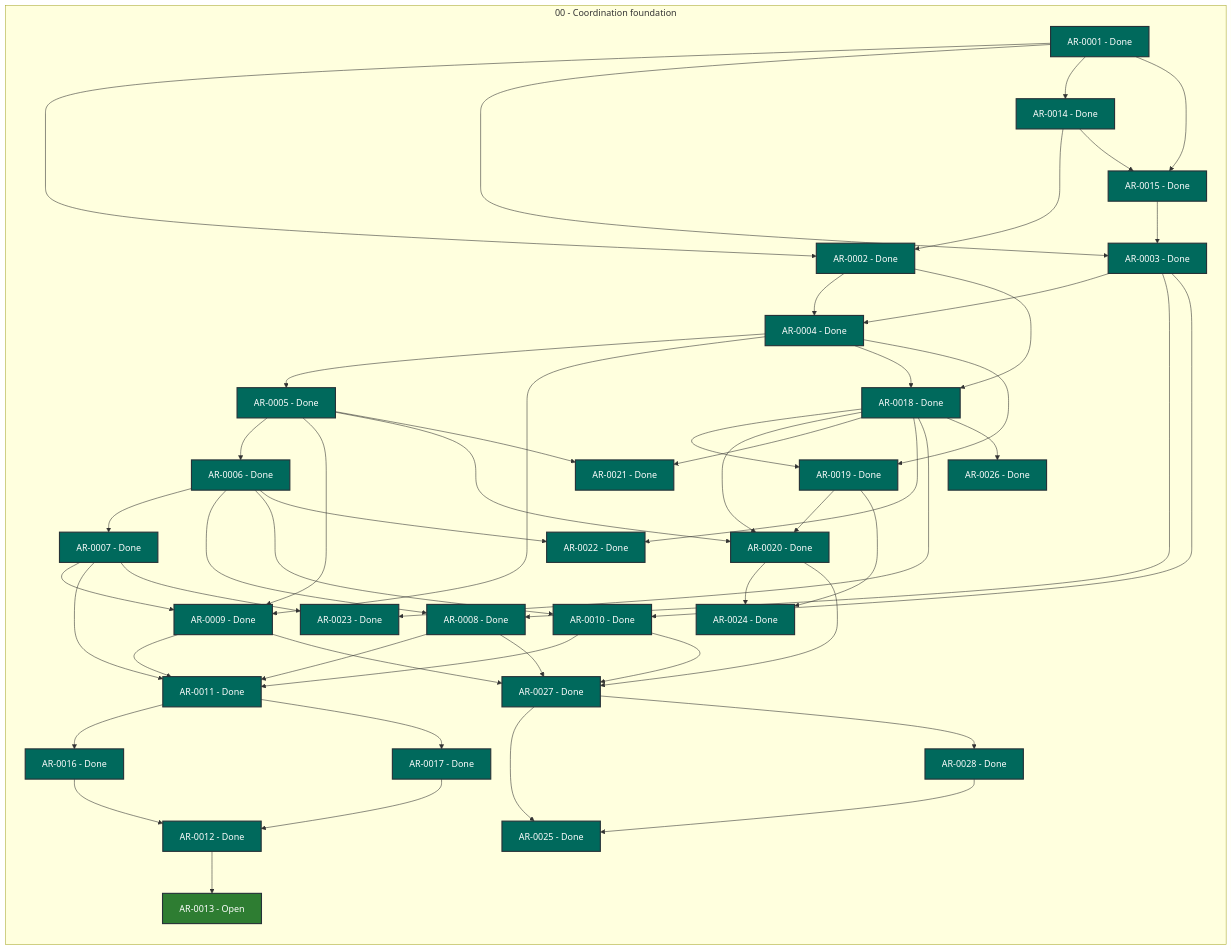
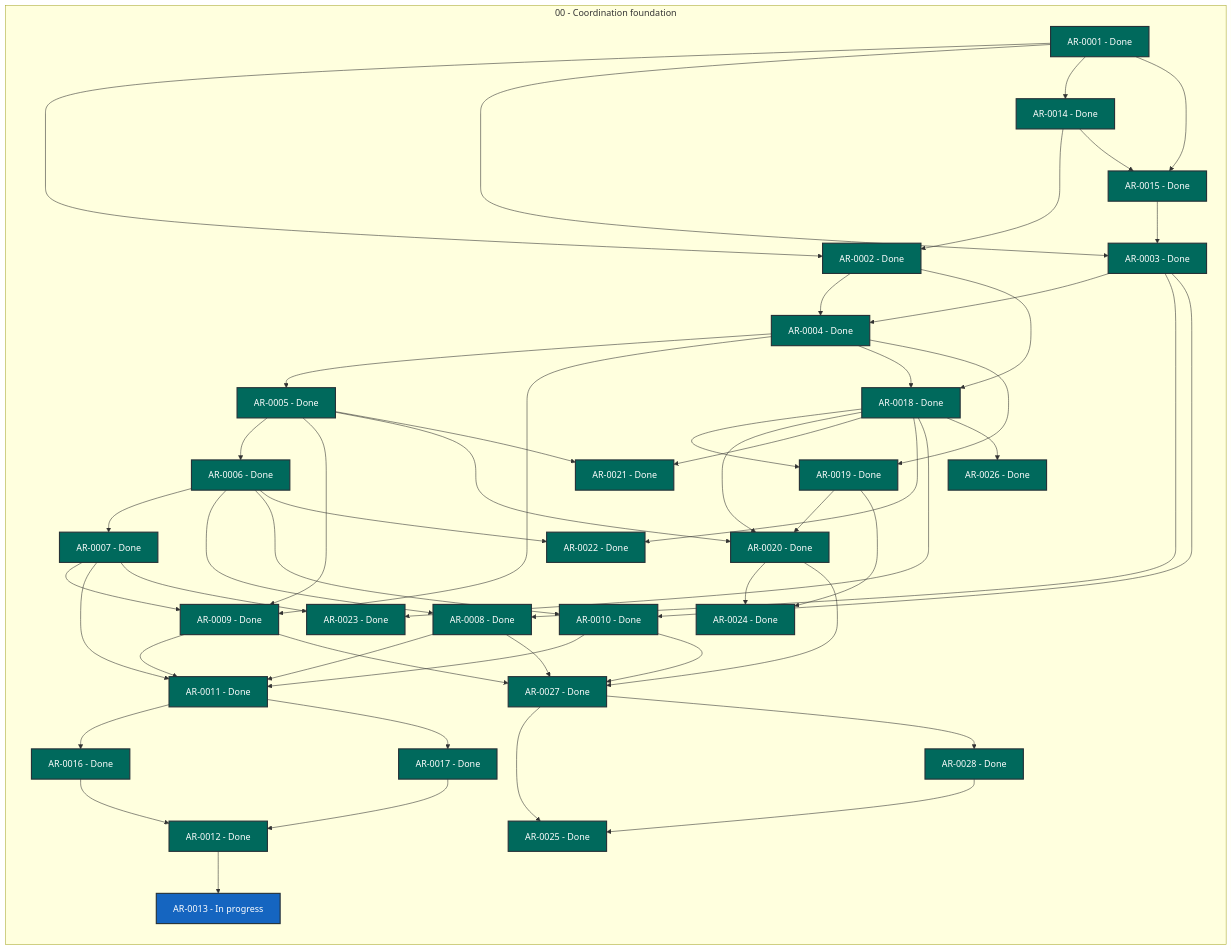
The diagram in STATUS.md (martin-beck/agent-workflow-tui-state), drawn with Mermaid before and after one commit. The commit also changed other lines of this file and 2 other files, not shown here.

```diff
--- a/STATUS.md
+++ b/STATUS.md
@@ -40,7 +40,7 @@
         AR_0010["AR-0010 - Done"]:::status_done
         AR_0011["AR-0011 - Done"]:::status_done
         AR_0012["AR-0012 - Done"]:::status_done
-        AR_0013["AR-0013 - Open"]:::status_open
+        AR_0013["AR-0013 - In progress"]:::status_in_progress
         AR_0014["AR-0014 - Done"]:::status_done
         AR_0015["AR-0015 - Done"]:::status_done
         AR_0016["AR-0016 - Done"]:::status_done
```
